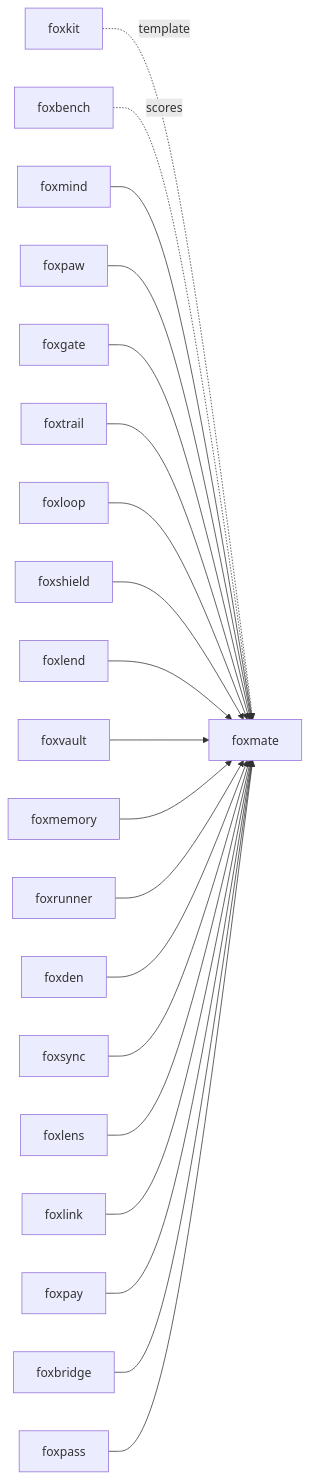
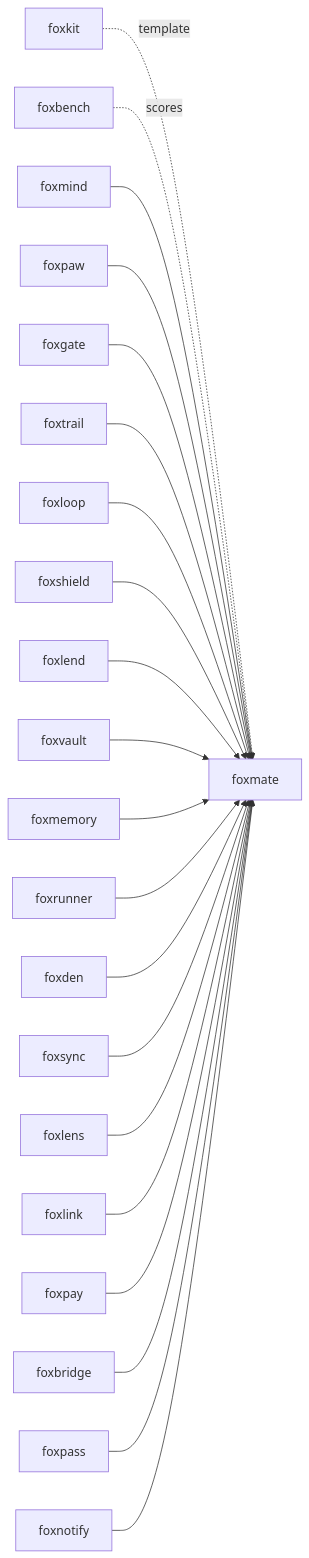
The third of 3 diagrams in README.md (pooriaarab/foxmate), drawn with Mermaid before and after one commit. The commit also changed other lines of this file and 16 other files, not shown here.

````diff
--- a/README.md
+++ b/README.md
@@ -454,42 +470,44 @@
 ```mermaid
 flowchart LR
   foxkit[foxkit] -.->|template| foxmate
   foxbench[foxbench] -.->|scores| foxmate
   foxmind[foxmind] --> foxmate[foxmate]
   foxpaw[foxpaw] --> foxmate
   foxgate[foxgate] --> foxmate
   foxtrail[foxtrail] --> foxmate
   foxloop[foxloop] --> foxmate
   foxshield[foxshield] --> foxmate
   foxlend[foxlend] --> foxmate
   foxvault[foxvault] --> foxmate
   foxmemory[foxmemory] --> foxmate
   foxrunner[foxrunner] --> foxmate
   foxden[foxden] --> foxmate
   foxsync[foxsync] --> foxmate
   foxlens[foxlens] --> foxmate
   foxlink[foxlink] --> foxmate
   foxpay[foxpay] --> foxmate
   foxbridge[foxbridge] --> foxmate
   foxpass[foxpass] --> foxmate
+  foxnotify[foxnotify] --> foxmate
   click foxkit "https://github.com/pooriaarab/foxkit"
   click foxbench "https://github.com/pooriaarab/foxbench"
   click foxmind "https://github.com/pooriaarab/foxmind"
   click foxpaw "https://github.com/pooriaarab/foxpaw"
   click foxgate "https://github.com/pooriaarab/foxgate"
   click foxtrail "https://github.com/pooriaarab/foxtrail"
   click foxloop "https://github.com/pooriaarab/foxloop"
   click foxshield "https://github.com/pooriaarab/foxshield"
   click foxlend "https://github.com/pooriaarab/foxlend"
   click foxvault "https://github.com/pooriaarab/foxvault"
   click foxmemory "https://github.com/pooriaarab/foxmemory"
   click foxrunner "https://github.com/pooriaarab/foxrunner"
   click foxden "https://github.com/pooriaarab/foxden"
   click foxsync "https://github.com/pooriaarab/foxsync"
   click foxlens "https://github.com/pooriaarab/foxlens"
   click foxlink "https://github.com/pooriaarab/foxlink"
   click foxpay "https://github.com/pooriaarab/foxpay"
   click foxbridge "https://github.com/pooriaarab/foxbridge"
   click foxpass "https://github.com/pooriaarab/foxpass"
+  click foxnotify "https://github.com/pooriaarab/foxnotify"
   click foxmate "https://github.com/pooriaarab/foxmate"
 ```
````
